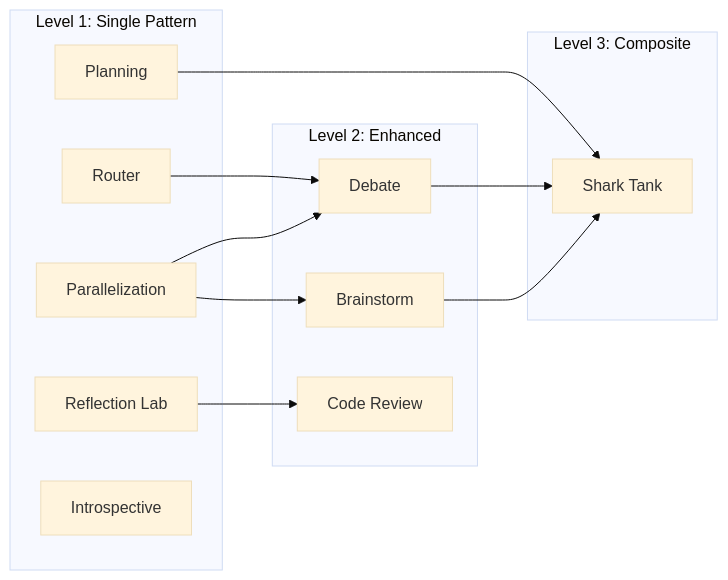
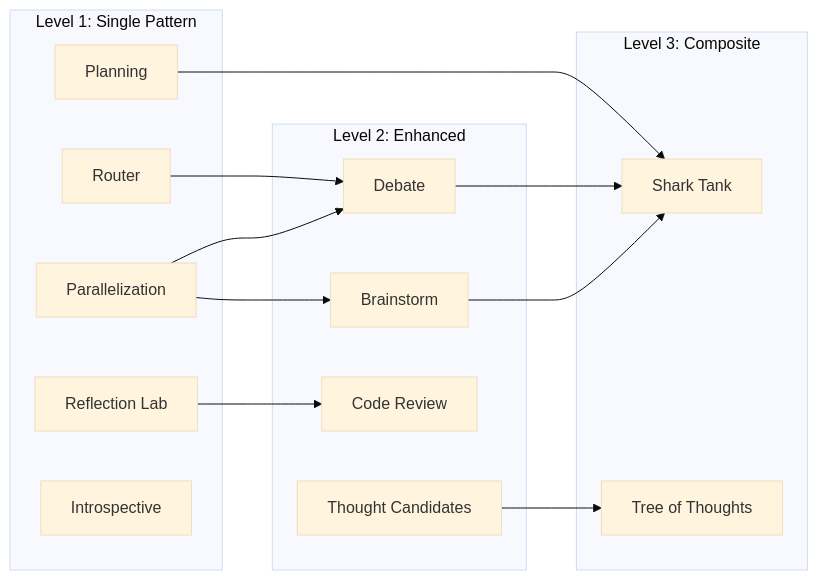
Before and after one commit to runyaga/crazy-glue: the second of 2 diagrams in docs/rooms/index.md, drawn with Mermaid (base theme). The commit also changed other lines of this file and 23 other files, not shown here.

First line of the commit message:
feat(rooms): add thought-candidates and tree-of-thoughts rooms (#1)

````diff
--- a/docs/rooms/index.md
+++ b/docs/rooms/index.md
@@ -102,28 +117,31 @@
 ```mermaid
 flowchart LR
     subgraph "Level 1: Single Pattern"
         R[Router]
         RF[Reflection Lab]
         PL[Planning]
         PA[Parallelization]
         IN[Introspective]
     end
 
     subgraph "Level 2: Enhanced"
         D[Debate]
         B[Brainstorm]
         CR[Code Review]
+        TC[Thought Candidates]
     end
 
     subgraph "Level 3: Composite"
         ST[Shark Tank]
+        ToT[Tree of Thoughts]
     end
 
     R --> D
     PA --> D
     PA --> B
     RF --> CR
     PL --> ST
     D --> ST
     B --> ST
+    TC --> ToT
 ```
````
